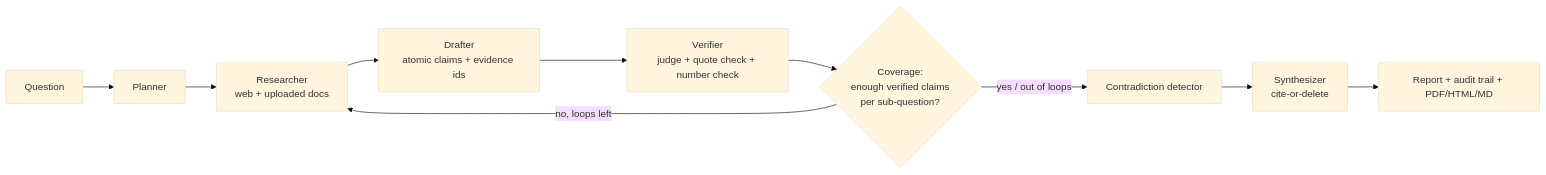
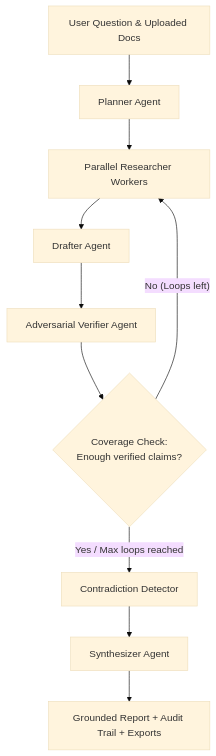
One commit to fate-sword/deep-dive-agent changed the diagram in README.md. Above: the diagram before and after it, drawn with Mermaid (base theme). The commit also changed other lines of this file and 2 other files, not shown here.

Commit message:
docs: update README with Deeptrace branding, architecture, Mesh integration, and HF Spaces instructions

````diff
--- a/README.md
+++ b/README.md
@@ -22,12 +36,12 @@
 ```mermaid
-flowchart LR
-  Q[Question] --> P[Planner]
-  P --> R[Researcher<br/>web + uploaded docs]
-  R --> D[Drafter<br/>atomic claims + evidence ids]
-  D --> V[Verifier<br/>judge + quote check + number check]
-  V --> C{Coverage:<br/>enough verified claims<br/>per sub-question?}
-  C -- no, loops left --> R
-  C -- yes / out of loops --> X[Contradiction detector]
-  X --> S[Synthesizer<br/>cite-or-delete]
-  S --> OUT[Report + audit trail + PDF/HTML/MD]
+flowchart TD
+    Q[User Question & Uploaded Docs] --> P[Planner Agent]
+    P --> R[Parallel Researcher Workers]
+    R --> D[Drafter Agent]
+    D --> V[Adversarial Verifier Agent]
+    V --> C{Coverage Check:<br/>Enough verified claims?}
+    C -- "No (Loops left)" --> R
+    C -- "Yes / Max loops reached" --> X[Contradiction Detector]
+    X --> S[Synthesizer Agent]
+    S --> OUT[Grounded Report + Audit Trail + Exports]
 ```
````
